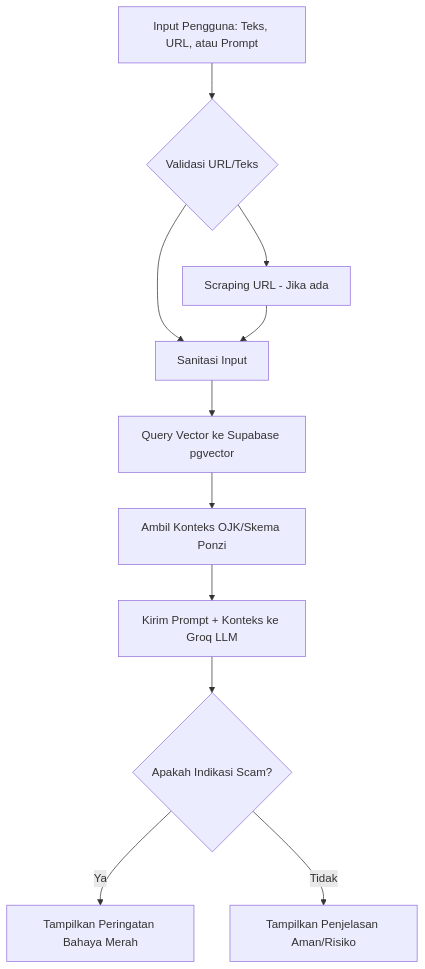
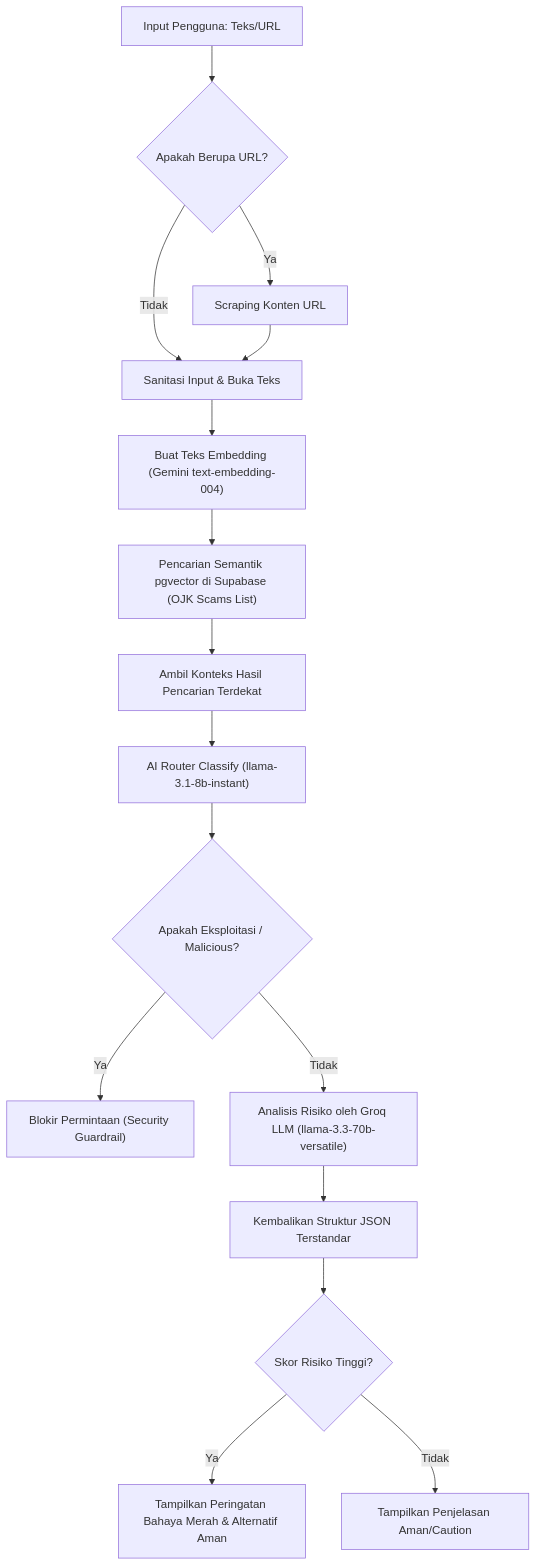
Before and after one commit to kazanaruishere-max/SafeWallet: the third of 16 diagrams in README.md, drawn with Mermaid. The commit also changed other lines of this file, not shown here.

Commit message:
docs: expand README.md with detailed high-level architecture and comprehensive Mermaid workflows for all 6 features

````diff
--- a/README.md
+++ b/README.md
@@ -118,13 +124,18 @@
 ```mermaid
 flowchart TD
-    A[Input Pengguna: Teks, URL, atau Prompt] --> B{Validasi URL/Teks}
-    B --> C[Scraping URL - Jika ada]
-    B --> D[Sanitasi Input]
+    A["Input Pengguna: Teks/URL"] --> B{"Apakah Berupa URL?"}
+    B -- Ya --> C["Scraping Konten URL"]
+    B -- Tidak --> D["Sanitasi Input & Buka Teks"]
     C --> D
-    D --> E[Query Vector ke Supabase pgvector]
-    E --> F[Ambil Konteks OJK/Skema Ponzi]
-    F --> G[Kirim Prompt + Konteks ke Groq LLM]
-    G --> H{Apakah Indikasi Scam?}
-    H -- Ya --> I[Tampilkan Peringatan Bahaya Merah]
-    H -- Tidak --> J[Tampilkan Penjelasan Aman/Risiko]
+    D --> E["Buat Teks Embedding (Gemini text-embedding-004)"]
+    E --> F["Pencarian Semantik pgvector di Supabase (OJK Scams List)"]
+    F --> G["Ambil Konteks Hasil Pencarian Terdekat"]
+    G --> H["AI Router Classify (llama-3.1-8b-instant)"]
+    H --> I{"Apakah Eksploitasi / Malicious?"}
+    I -- Ya --> J["Blokir Permintaan (Security Guardrail)"]
+    I -- Tidak --> K["Analisis Risiko oleh Groq LLM (llama-3.3-70b-versatile)"]
+    K --> L["Kembalikan Struktur JSON Terstandar"]
+    L --> M{"Skor Risiko Tinggi?"}
+    M -- Ya --> N["Tampilkan Peringatan Bahaya Merah & Alternatif Aman"]
+    M -- Tidak --> O["Tampilkan Penjelasan Aman/Caution"]
 ```
````
